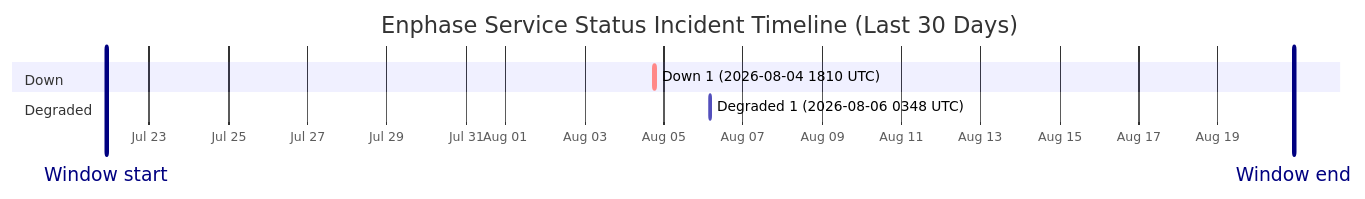
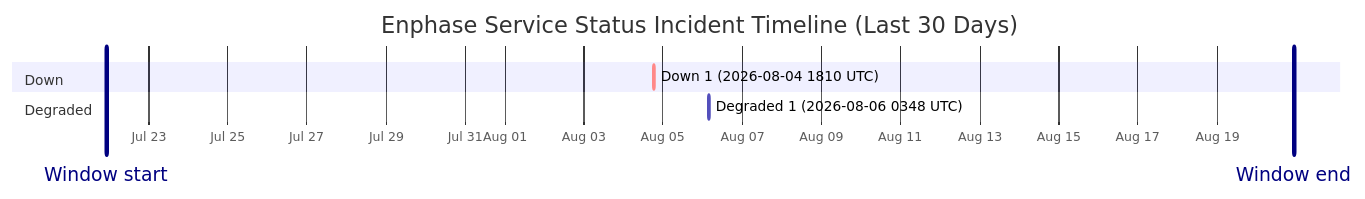
The diagram in wiki/Service-Status-History.md (barneyonline/ha-enphase-energy), drawn with Mermaid before and after one commit. The commit also changed other lines of this file and 3 other files, not shown here.

````diff
--- a/wiki/Service-Status-History.md
+++ b/wiki/Service-Status-History.md
@@ -14,12 +14,12 @@
 ```mermaid
 gantt
     title Enphase Service Status Incident Timeline (Last 30 Days)
     dateFormat  YYYY-MM-DDTHH:mm:ss
     axisFormat  %b %d
-    Window start :vert, window-start, 2026-07-21T21:53:25, 0ms
-    Window end :vert, window-end, 2026-08-20T21:53:25, 0ms
+    Window start :vert, window-start, 2026-07-21T22:24:40, 0ms
+    Window end :vert, window-end, 2026-08-20T22:24:40, 0ms
     section Down
     Down 1 (2026-08-04 1810 UTC) :crit, down-1, 2026-08-04T18:10:46, 60m
     section Degraded
     Degraded 1 (2026-08-06 0348 UTC) :active, degraded-1, 2026-08-06T03:48:14, 60m
 ```
````
